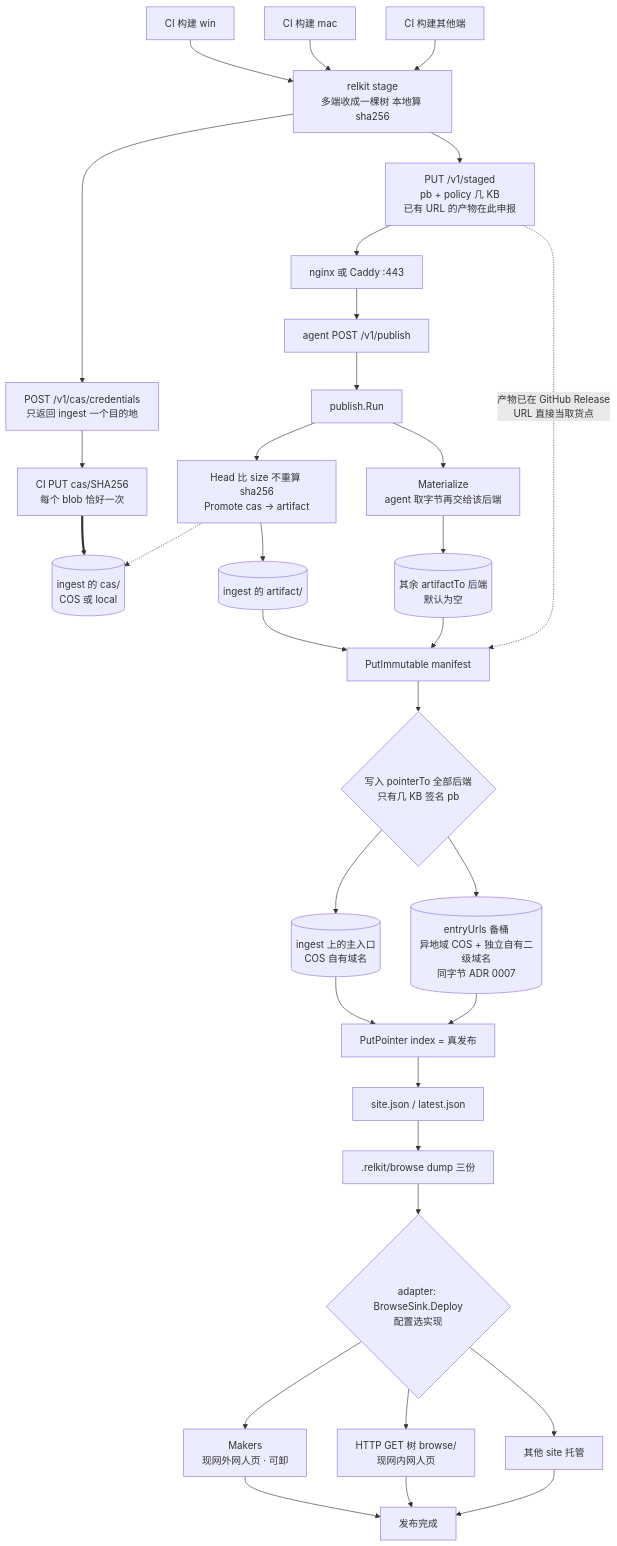
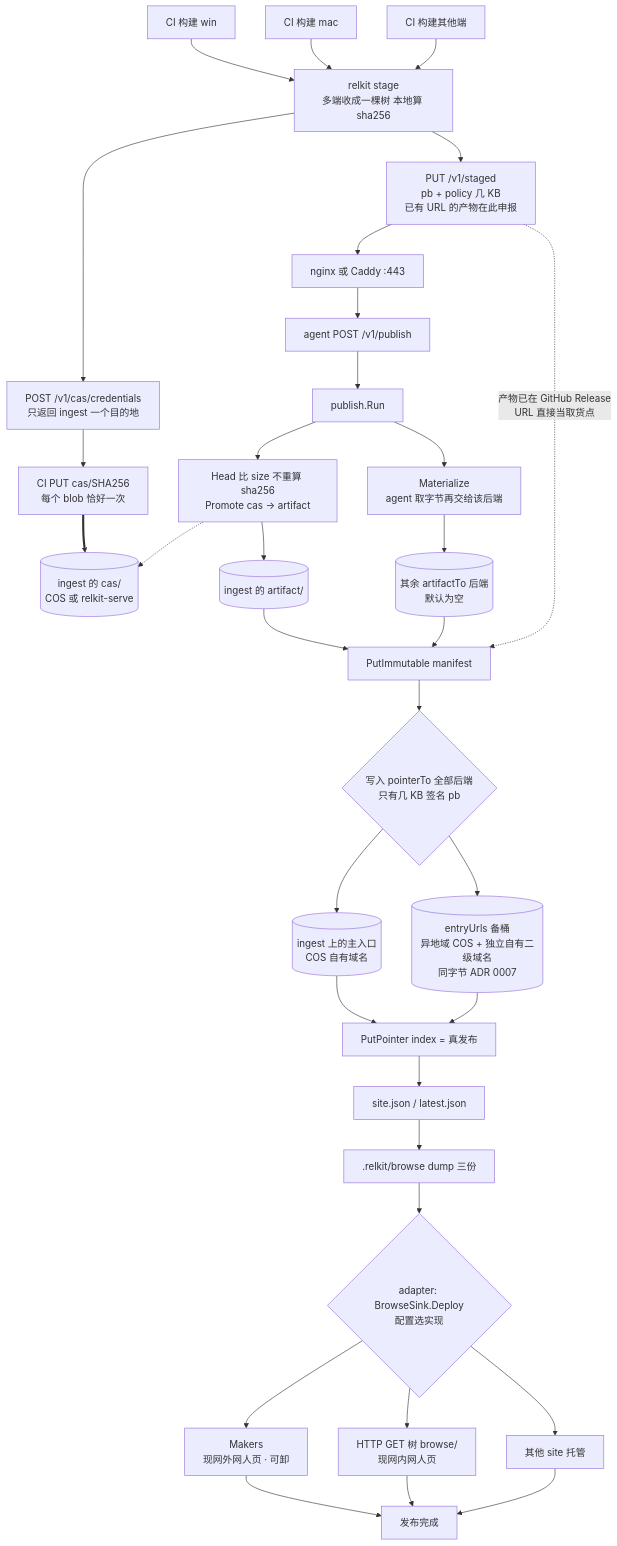
One commit to shichao402/relkit changed the first of 2 diagrams in docs/design/publish-topology.md. Above: the diagram before and after it, drawn with Mermaid. The commit also changed other lines of this file and 64 other files, not shown here.

````diff
--- a/docs/design/publish-topology.md
+++ b/docs/design/publish-topology.md
@@ -41,45 +41,45 @@
 ```mermaid
 flowchart TB
   win["CI 构建 win"] --> stage
   mac["CI 构建 mac"] --> stage
   apk["CI 构建其他端"] --> stage
   stage["relkit stage<br/>多端收成一棵树 本地算 sha256"]
 
   stage --> tok["POST /v1/cas/credentials<br/>只返回 ingest 一个目的地"]
   tok --> casPut["CI PUT cas/SHA256<br/>每个 blob 恰好一次"]
   stage --> stagedMeta["PUT /v1/staged<br/>pb + policy 几 KB<br/>已有 URL 的产物在此申报"]
 
-  casPut ==> ingestCas[("ingest 的 cas/<br/>COS 或 local")]
+  casPut ==> ingestCas[("ingest 的 cas/<br/>COS 或 relkit-serve")]
   stagedMeta --> ngx["nginx 或 Caddy :443"]
   ngx --> postPub["agent POST /v1/publish"]
   postPub --> run["publish.Run"]
 
   run --> promote["Head 比 size 不重算 sha256<br/>Promote cas → artifact"]
   promote -.-> ingestCas
   promote --> artIngest[("ingest 的 artifact/")]
   run --> mat["Materialize<br/>agent 取字节再交给该后端"]
   mat --> artOther[("其余 artifactTo 后端<br/>默认为空")]
 
   artIngest --> man["PutImmutable manifest"]
   artOther --> man
   stagedMeta -.->|"产物已在 GitHub Release<br/>URL 直接当取货点"| man
 
   man --> ptrFan{"写入 pointerTo 全部后端<br/>只有几 KB 签名 pb"}
   ptrFan --> pIngest[("ingest 上的主入口<br/>COS 自有域名")]
   ptrFan --> pMirror[("entryUrls 备桶<br/>异地域 COS + 独立自有二级域名<br/>同字节 ADR 0007")]
 
   pIngest --> idx["PutPointer index = 真发布"]
   pMirror --> idx
   idx --> meta["site.json / latest.json"]
   meta --> dump[".relkit/browse dump 三份"]
 
   dump --> sink{"adapter: BrowseSink.Deploy<br/>配置选实现"}
 
   sink --> makers["Makers<br/>现网外网人页 · 可卸"]
   sink --> tree["HTTP GET 树 browse/<br/>现网内网人页"]
   sink --> other["其他 site 托管"]
 
   makers --> done["发布完成"]
   tree --> done
   other --> done
 ```
````
